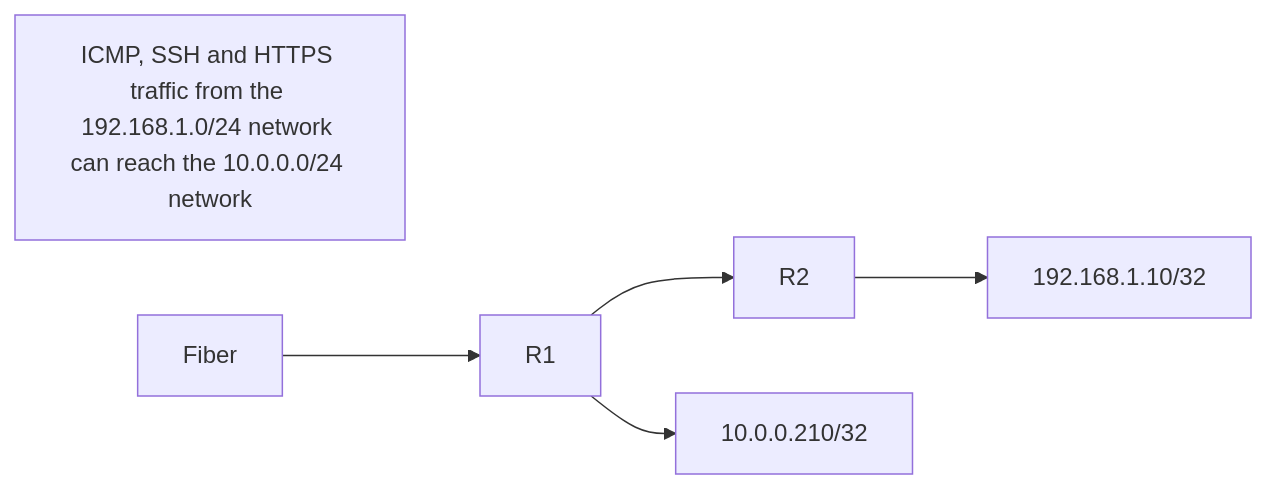
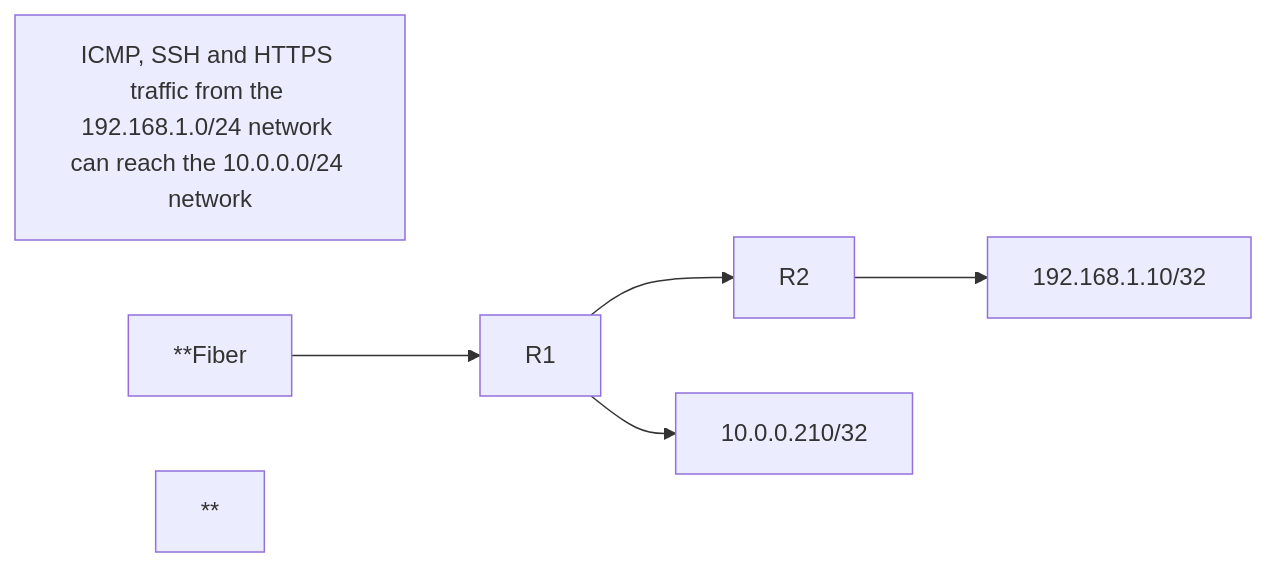
One commit to notkasim/DOCS changed the diagram in Topology.md. Above: the diagram before and after it, drawn with Mermaid.

````diff
--- a/Topology.md
+++ b/Topology.md
@@ -4,8 +4,8 @@
 ```mermaid
 graph LR;
     id1[ICMP, SSH and HTTPS traffic from the 192.168.1.0/24 network can reach the 10.0.0.0/24 network]
-    Fiber-->R1;
+    **Fiber-->R1;**
     R1-->R2;
     R1-->10.0.0.210/32;
     R2-->192.168.1.10/32;
 ```
````
